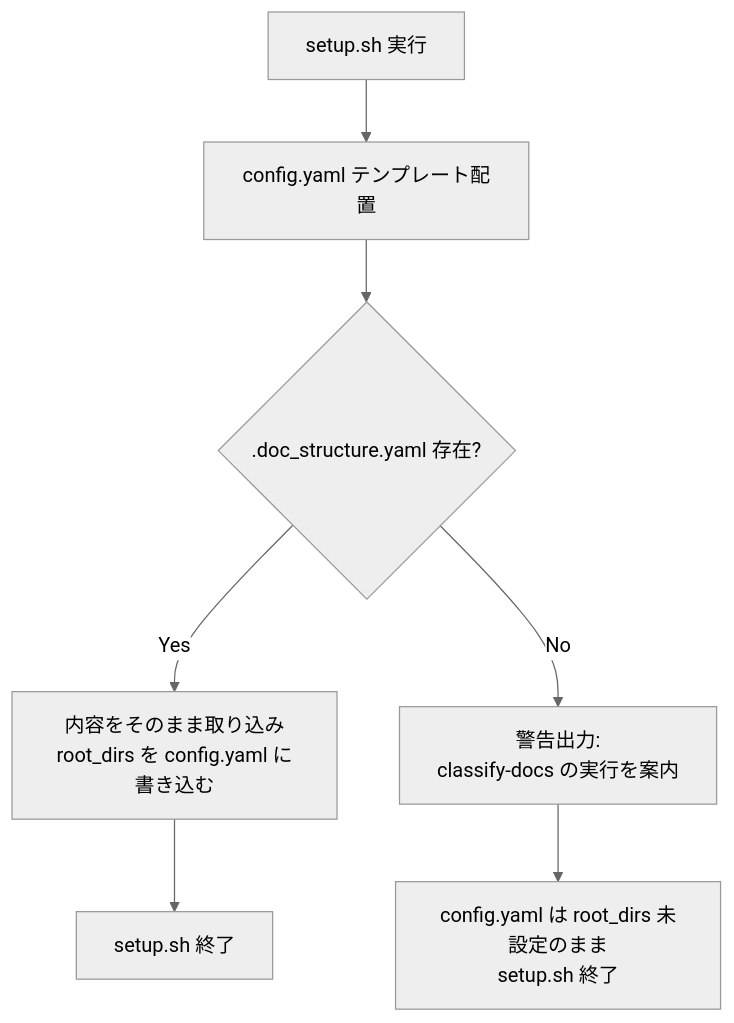
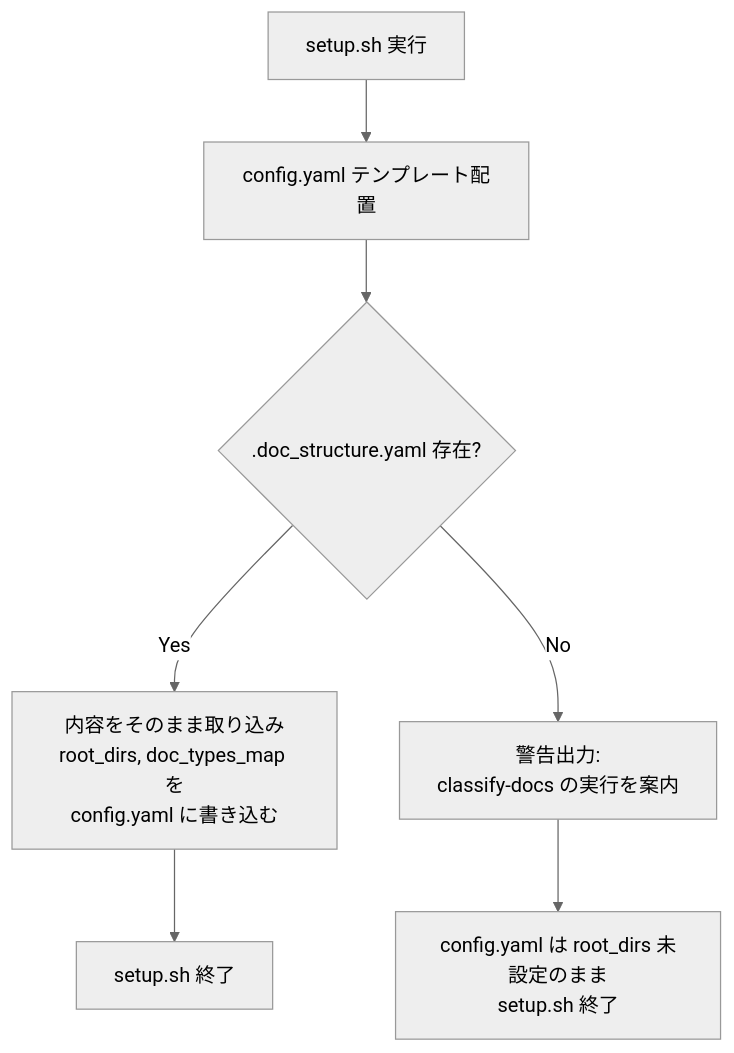
Before and after one commit to BlueEventHorizon/DocAdvisor-CC: the third of 10 diagrams in specs/design/DES-005_toc_generation_flow.md, drawn with Mermaid (neutral theme). The commit also changed other lines of this file and 4 other files, not shown here.

````diff
--- a/specs/design/DES-005_toc_generation_flow.md
+++ b/specs/design/DES-005_toc_generation_flow.md
@@ -101,9 +101,9 @@
 ```mermaid
 flowchart TD
     A[setup.sh 実行] --> B[config.yaml テンプレート配置]
     B --> C{".doc_structure.yaml 存在?"}
-    C -->|Yes| D["内容をそのまま取り込み<br>root_dirs を config.yaml に書き込む"]
+    C -->|Yes| D["内容をそのまま取り込み<br>root_dirs, doc_types_map を<br>config.yaml に書き込む"]
     D --> E[setup.sh 終了]
     C -->|No| F["警告出力:<br>classify-docs の実行を案内"]
     F --> G[config.yaml は root_dirs 未設定のまま<br>setup.sh 終了]
 ```
````
